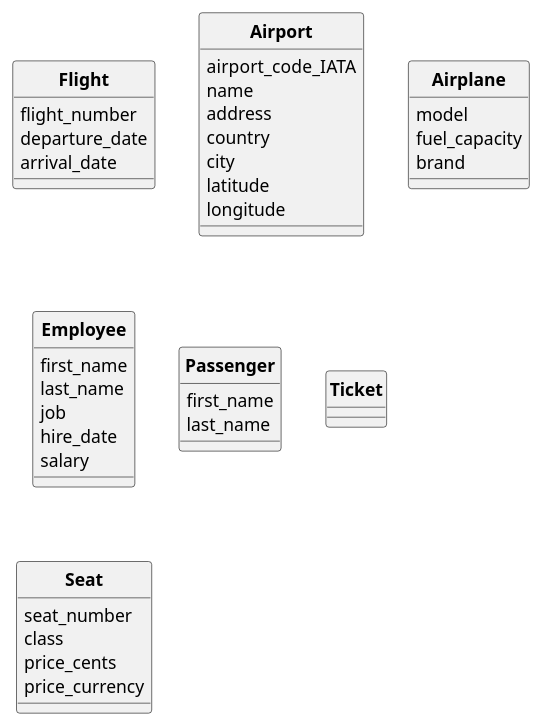
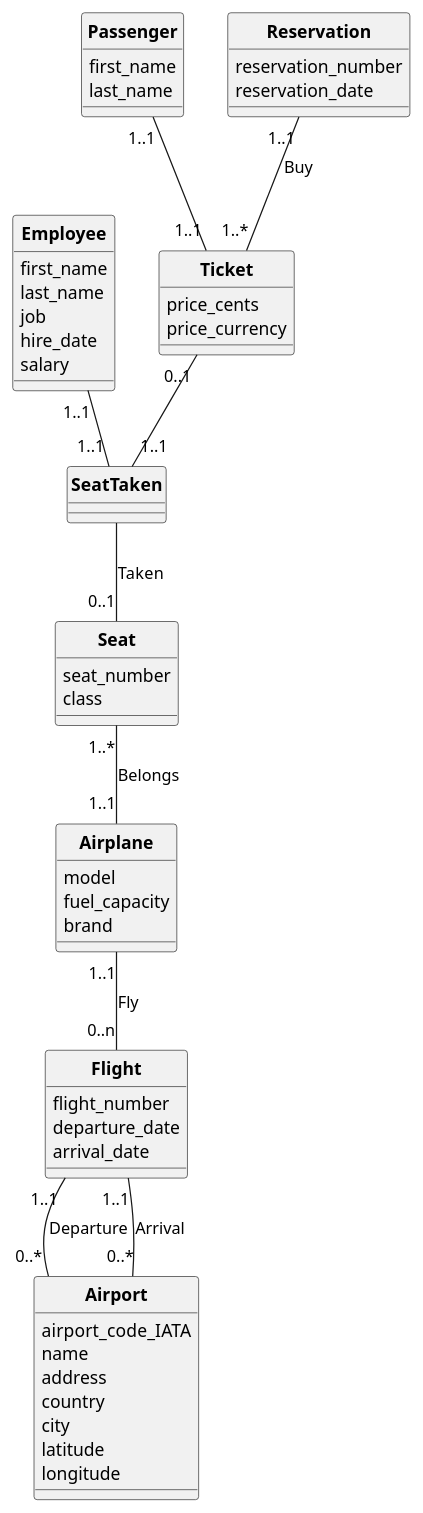
One commit to cnam-theoludwig/cnam-database changed the diagram in docs/MCD.puml. Above: the diagram before and after it, drawn with PlantUML.

Commit message:
docs: update MCD diagram

```diff
--- a/docs/MCD.puml
+++ b/docs/MCD.puml
@@ -1,54 +1,74 @@
 @startuml UML
 
 skinparam style strictuml
 skinparam classAttributeIconSize 0
 skinparam classFontStyle Bold
 hide enum methods
 
 class Flight {
   flight_number
   departure_date
   arrival_date
 }
 
 class Airport {
   airport_code_IATA
   name
   address
   country
   city
   latitude
   longitude
 }
 
 class Airplane {
   model
   fuel_capacity
   brand
 }
 
 class Employee {
   first_name
   last_name
   job
   hire_date
   salary
 }
 
 class Passenger {
   first_name
   last_name
 }
 
 class Ticket {
-
-}
-
-class Seat {
-  seat_number
-  class
   price_cents
   price_currency
 }
 
+class Seat {
+  seat_number 
+  class
+}
+
+class SeatTaken {
+
+}
+
+class Reservation {
+  reservation_number
+  reservation_date
+}
+
+Airplane "1..1" -- "0..n" Flight : Fly
+Seat "1..*" -- "1..1" Airplane : Belongs
+Employee "1..1" -- "1..1" SeatTaken
+Passenger "1..1" -- "1..1" Ticket
+Ticket "0..1" -- "1..1" SeatTaken
+SeatTaken -- "0..1" Seat : Taken
+Reservation "1..1" -- "1..*" Ticket : Buy
+
+Flight "1..1" -- "0..*" Airport : Departure
+Flight "1..1" -- "0..*" Airport : Arrival
+
+
 @enduml
```
